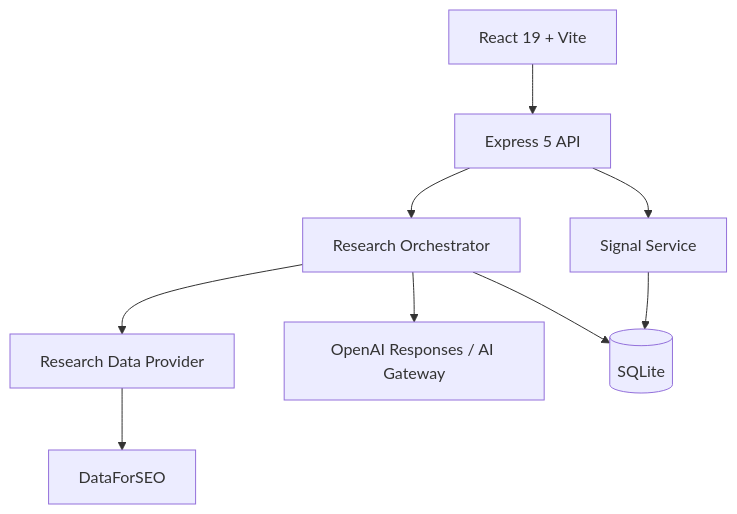
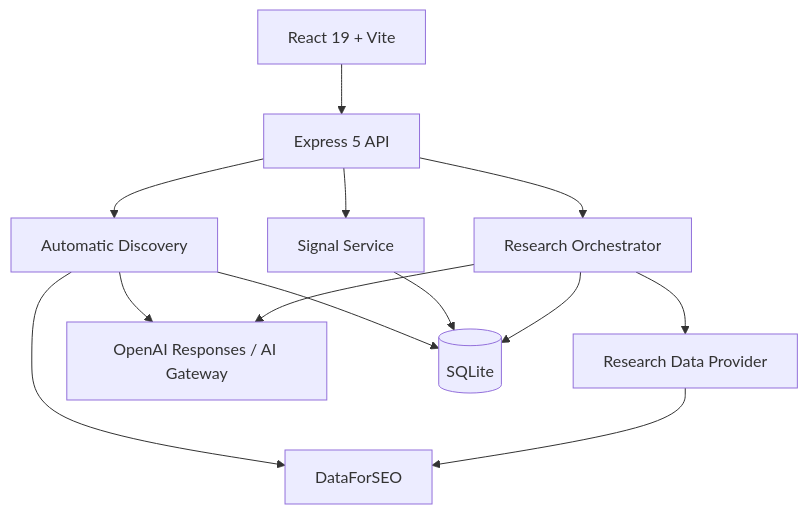
One commit to xiao131/product-radar changed the second of 2 diagrams in README.md. Above: the diagram before and after it, drawn with Mermaid. The commit also changed other lines of this file and 29 other files, not shown here.

Commit message:
feat: add automatic product discovery

````diff
--- a/README.md
+++ b/README.md
@@ -396,20 +447,25 @@
 ```mermaid
 flowchart TB
   UI["React 19 + Vite"]
   API["Express 5 API"]
   SIGNAL["Signal Service"]
+  DISCOVERY["Automatic Discovery"]
   RESEARCH["Research Orchestrator"]
   PROVIDER["Research Data Provider"]
   AI["OpenAI Responses / AI Gateway"]
   SEO["DataForSEO"]
   DB[("SQLite")]
 
   UI --> API
   API --> SIGNAL
+  API --> DISCOVERY
   API --> RESEARCH
+  DISCOVERY --> SEO
+  DISCOVERY --> AI
+  DISCOVERY --> DB
   SIGNAL --> DB
   RESEARCH --> PROVIDER
   PROVIDER --> SEO
   RESEARCH --> AI
   RESEARCH --> DB
 ```
````
